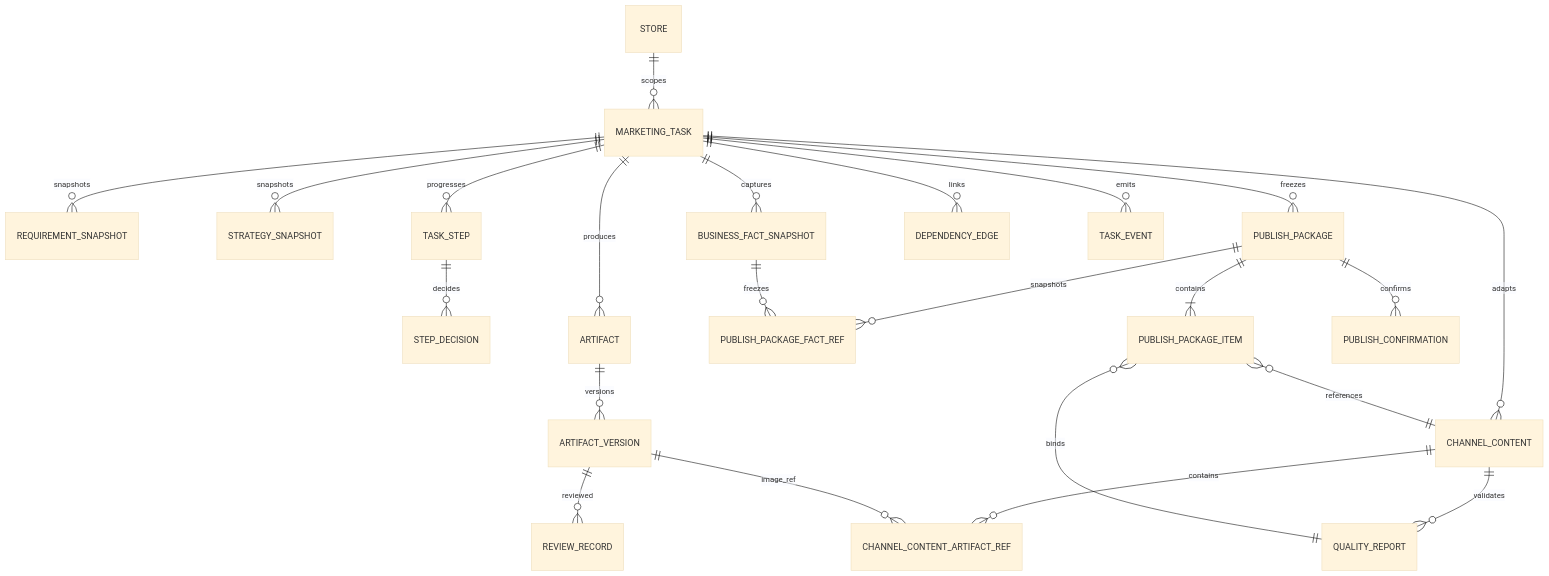
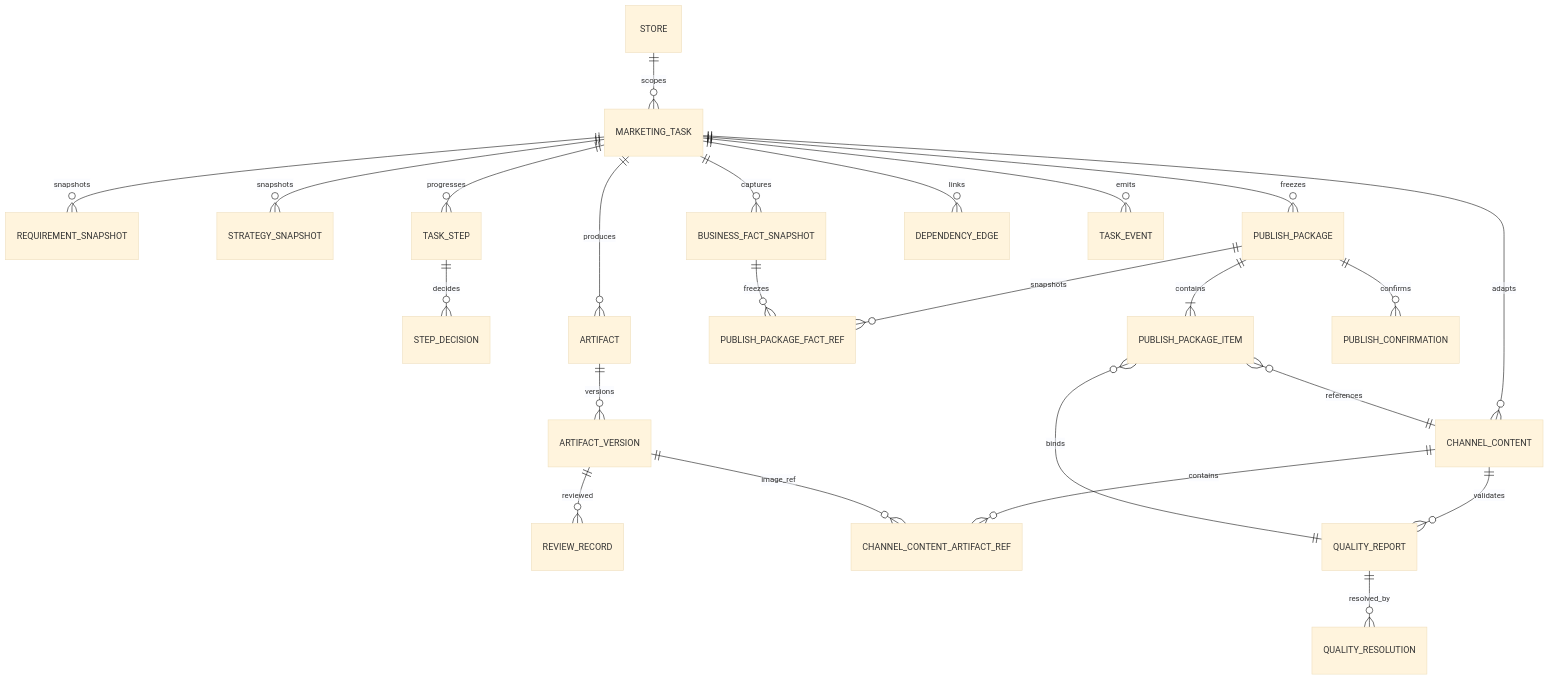
Before and after one commit to dujiu1024-dotcom/Smart-Marketing: the third of 4 diagrams in docs/CORE_DATA_MODEL_AND_API_SCHEMAS_V1.md, drawn with Mermaid (base theme). The commit also changed other lines of this file, not shown here.

Commit message:
docs(schema): add immutable quality resolution and correct fact ownership

````diff
--- a/docs/CORE_DATA_MODEL_AND_API_SCHEMAS_V1.md
+++ b/docs/CORE_DATA_MODEL_AND_API_SCHEMAS_V1.md
@@ -72,25 +72,26 @@
 ```mermaid
 erDiagram
   STORE ||--o{ MARKETING_TASK : scopes
   MARKETING_TASK ||--o{ REQUIREMENT_SNAPSHOT : snapshots
   MARKETING_TASK ||--o{ STRATEGY_SNAPSHOT : snapshots
   MARKETING_TASK ||--o{ BUSINESS_FACT_SNAPSHOT : captures
   MARKETING_TASK ||--o{ TASK_STEP : progresses
   TASK_STEP ||--o{ STEP_DECISION : decides
   MARKETING_TASK ||--o{ ARTIFACT : produces
   ARTIFACT ||--o{ ARTIFACT_VERSION : versions
   ARTIFACT_VERSION ||--o{ REVIEW_RECORD : reviewed
   MARKETING_TASK ||--o{ CHANNEL_CONTENT : adapts
   CHANNEL_CONTENT ||--o{ CHANNEL_CONTENT_ARTIFACT_REF : contains
   ARTIFACT_VERSION ||--o{ CHANNEL_CONTENT_ARTIFACT_REF : image_ref
   CHANNEL_CONTENT ||--o{ QUALITY_REPORT : validates
+  QUALITY_REPORT ||--o{ QUALITY_RESOLUTION : resolved_by
   MARKETING_TASK ||--o{ PUBLISH_PACKAGE : freezes
   PUBLISH_PACKAGE ||--o{ PUBLISH_PACKAGE_FACT_REF : snapshots
   BUSINESS_FACT_SNAPSHOT ||--o{ PUBLISH_PACKAGE_FACT_REF : freezes
   PUBLISH_PACKAGE ||--|{ PUBLISH_PACKAGE_ITEM : contains
   PUBLISH_PACKAGE_ITEM }o--|| CHANNEL_CONTENT : references
   PUBLISH_PACKAGE_ITEM }o--|| QUALITY_REPORT : binds
   PUBLISH_PACKAGE ||--o{ PUBLISH_CONFIRMATION : confirms
   MARKETING_TASK ||--o{ DEPENDENCY_EDGE : links
   MARKETING_TASK ||--o{ TASK_EVENT : emits
 ```
````
